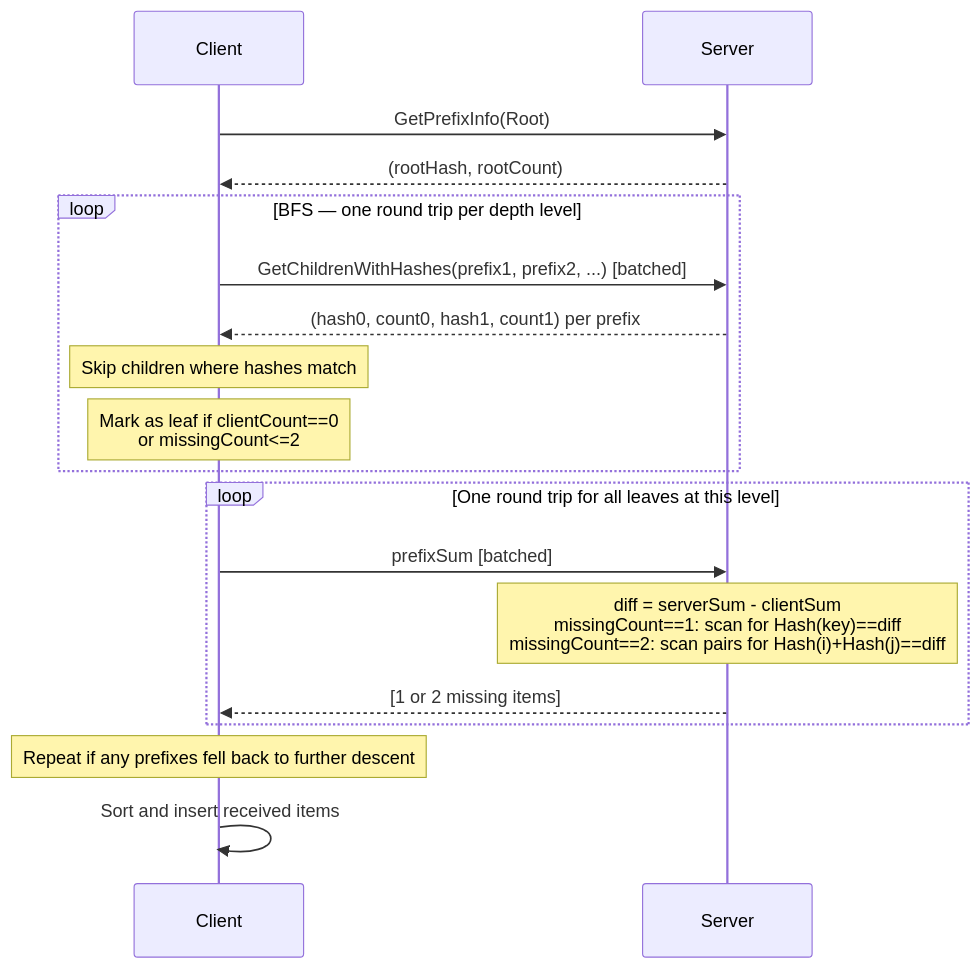
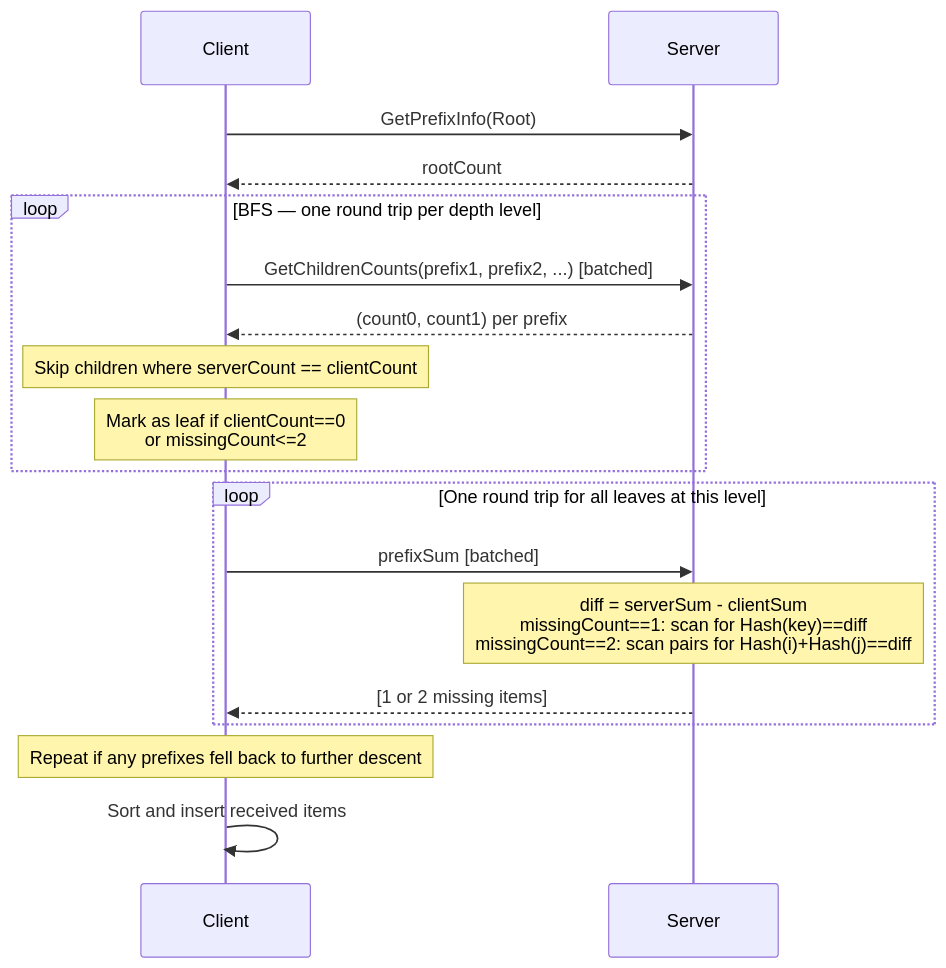
One commit to arj03/setsum-cs changed the third of 6 diagrams in SetSum/Sync/README.md. Above: the diagram before and after it, drawn with Mermaid. The commit also changed other lines of this file and 3 other files, not shown here.

Commit message:
Use count instead of count + hashes for the prefix trie traversal. We can do this because this is a unidirectional protocol. Halves the number of data transferred.

````diff
--- a/SetSum/Sync/README.md
+++ b/SetSum/Sync/README.md
@@ -91,24 +93,24 @@
 ```mermaid
 sequenceDiagram
     participant C as Client
     participant S as Server
 
     C->>S: GetPrefixInfo(Root)
-    S-->>C: (rootHash, rootCount)
+    S-->>C: rootCount
 
     loop BFS — one round trip per depth level
-        C->>S: GetChildrenWithHashes(prefix1, prefix2, ...) [batched]
-        S-->>C: (hash0, count0, hash1, count1) per prefix
-        Note over C: Skip children where hashes match
+        C->>S: GetChildrenCounts(prefix1, prefix2, ...) [batched]
+        S-->>C: (count0, count1) per prefix
+        Note over C: Skip children where serverCount == clientCount
         Note over C: Mark as leaf if clientCount==0<br/>or missingCount<=2
     end
 
     loop One round trip for all leaves at this level
         C->>S: prefixSum [batched]
         Note over S: diff = serverSum - clientSum<br/>missingCount==1: scan for Hash(key)==diff<br/>missingCount==2: scan pairs for Hash(i)+Hash(j)==diff
         S-->>C: [1 or 2 missing items]
     end
 
     Note over C: Repeat if any prefixes fell back to further descent
     C->>C: Sort and insert received items
 ```
````
